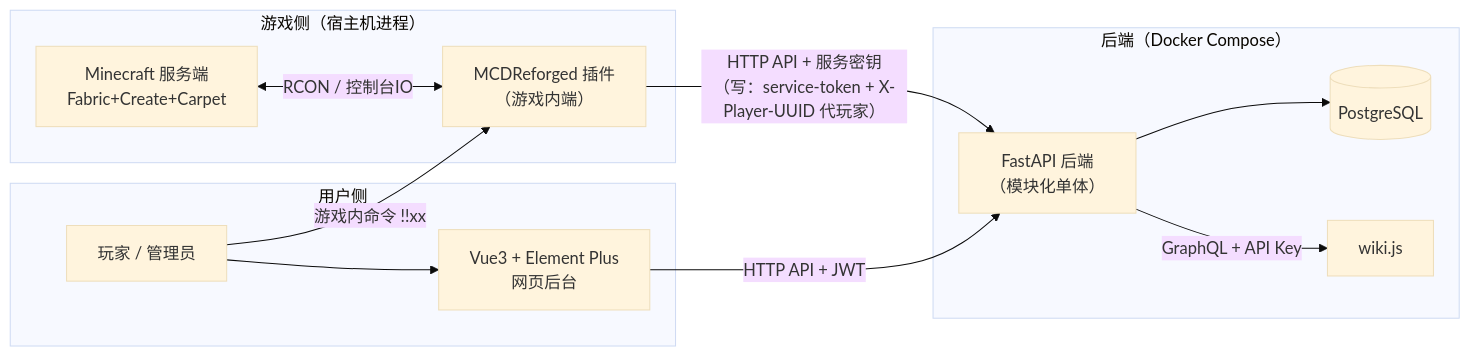
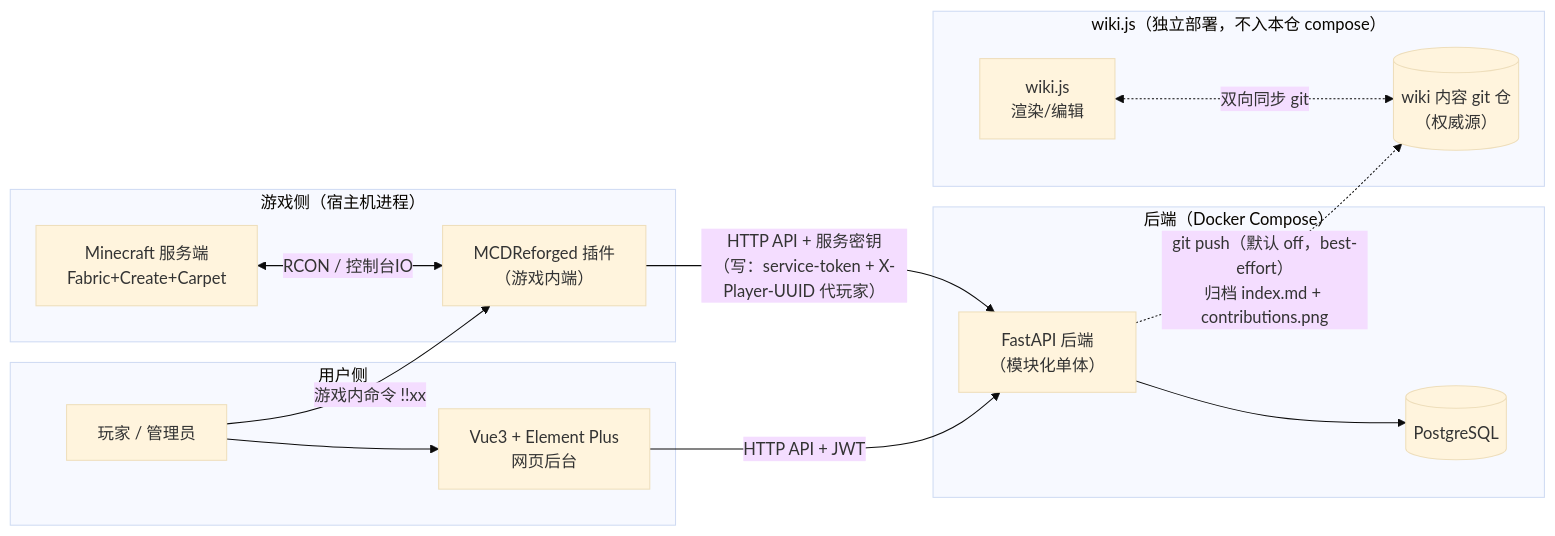
One commit to YuShenLiu06/PCHSystem changed the first of 7 diagrams in Docs/architecture.md. Above: the diagram before and after it, drawn with Mermaid (base theme). The commit also changed other lines of this file and 6 other files, not shown here.

First line of the commit message:
docs: R-8 重写为 git 双向 + wiki-service/mcdr 文档 + 归档产物结构

````diff
--- a/Docs/architecture.md
+++ b/Docs/architecture.md
@@ -32,26 +32,31 @@
 ```mermaid
 flowchart LR
     subgraph Host["游戏侧（宿主机进程）"]
         MC["Minecraft 服务端<br/>Fabric+Create+Carpet"]
         MCDR["MCDReforged 插件<br/>（游戏内端）"]
         MC <-->|RCON / 控制台IO| MCDR
     end
 
     subgraph DC["后端（Docker Compose）"]
         API["FastAPI 后端<br/>（模块化单体）"]
         DB[("PostgreSQL")]
-        WIKI["wiki.js"]
+    end
+
+    subgraph WikiDC["wiki.js（独立部署，不入本仓 compose）"]
+        WIKI["wiki.js<br/>渲染/编辑"]
+        WIKIREPO[("wiki 内容 git 仓<br/>（权威源）")]
+        WIKI <-.->|双向同步 git| WIKIREPO
     end
 
     subgraph User["用户侧"]
         WEB["Vue3 + Element Plus<br/>网页后台"]
         P["玩家 / 管理员"]
     end
 
     MCDR -->|HTTP API + 服务密钥<br/>（写：service-token + X-Player-UUID 代玩家）| API
     WEB -->|HTTP API + JWT| API
     P -->|游戏内命令 !!xx| MCDR
     P --> WEB
     API --> DB
-    API -->|GraphQL + API Key| WIKI
+    API -.->|git push（默认 off，best-effort）<br/>归档 index.md + contributions.png| WIKIREPO
 ```
````
